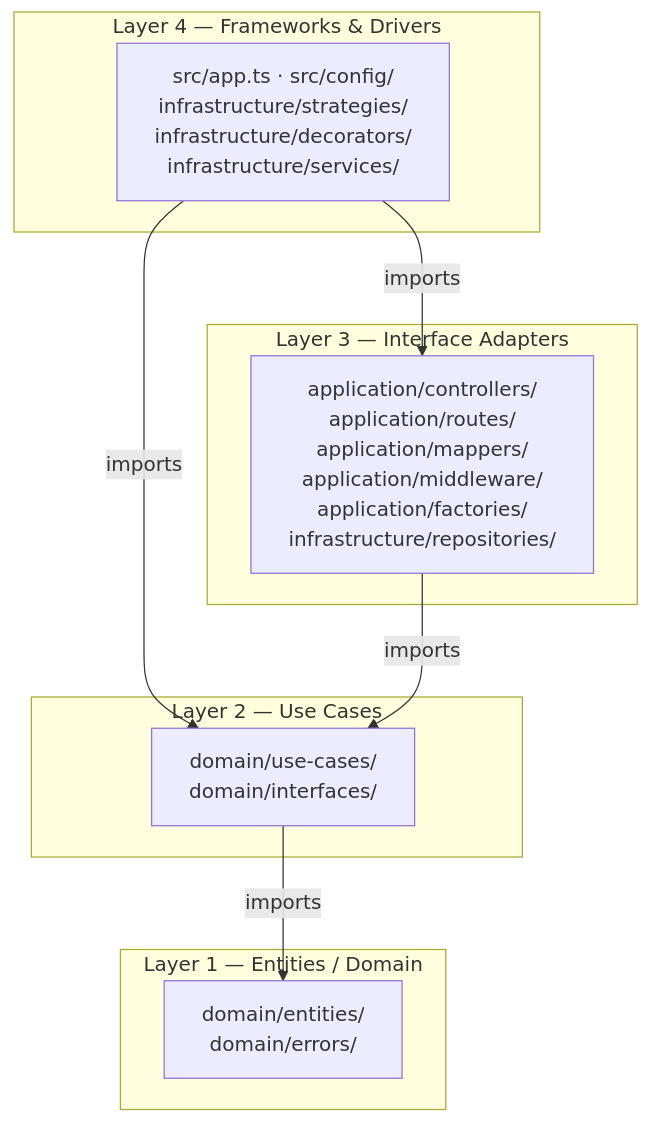
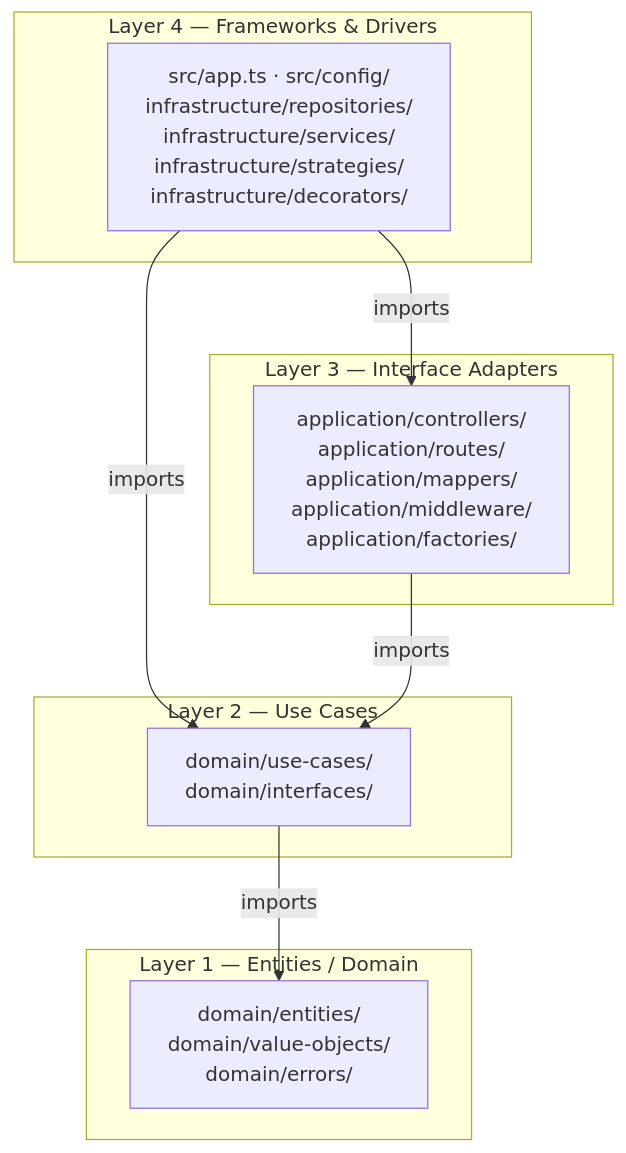
The diagram in README.md (LevinJimenez/ucab-arrowmaze-api), drawn with Mermaid before and after one commit. The commit also changed other lines of this file and 6 other files, not shown here.

Commit message:
docs: sync README and class diagram

````diff
--- a/README.md
+++ b/README.md
@@ -16,20 +16,20 @@
 ```mermaid
 graph TD
     subgraph L4["Layer 4 — Frameworks & Drivers"]
-        FW["src/app.ts · src/config/\ninfrastructure/strategies/\ninfrastructure/decorators/\ninfrastructure/services/"]
+        FW["src/app.ts · src/config/\ninfrastructure/repositories/\ninfrastructure/services/\ninfrastructure/strategies/\ninfrastructure/decorators/"]
     end
     subgraph L3["Layer 3 — Interface Adapters"]
-        IA["application/controllers/\napplication/routes/\napplication/mappers/\napplication/middleware/\napplication/factories/\ninfrastructure/repositories/"]
+        IA["application/controllers/\napplication/routes/\napplication/mappers/\napplication/middleware/\napplication/factories/"]
     end
     subgraph L2["Layer 2 — Use Cases"]
         UC["domain/use-cases/\ndomain/interfaces/"]
     end
     subgraph L1["Layer 1 — Entities / Domain"]
-        EN["domain/entities/\ndomain/errors/"]
+        EN["domain/entities/\ndomain/value-objects/\ndomain/errors/"]
     end
 
     FW -->|imports| IA
     FW -->|imports| UC
     IA -->|imports| UC
     UC -->|imports| EN
 ```
````
